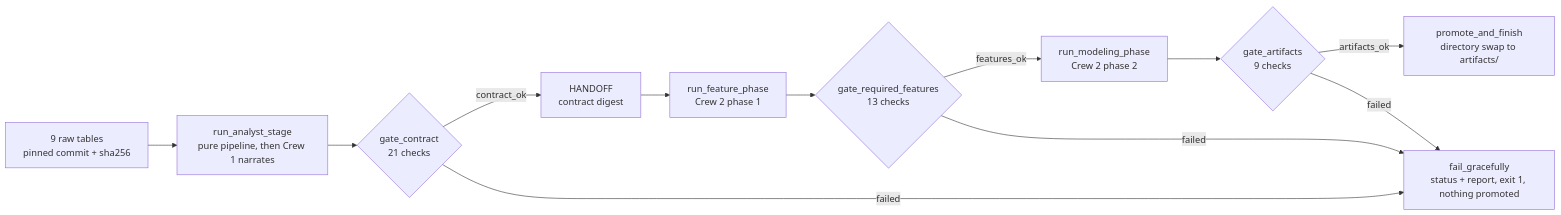
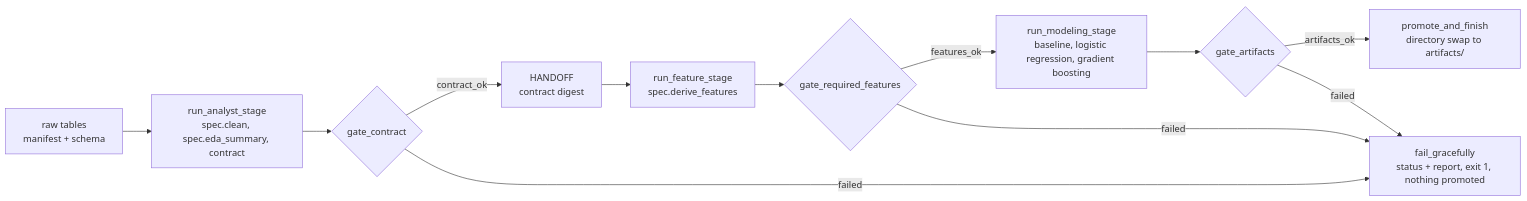
One commit to matnael332/olist-crewai-flow changed the diagram in README.md. Above: the diagram before and after it, drawn with Mermaid. The commit also changed other lines of this file and 14 other files, not shown here.

````diff
--- a/README.md
+++ b/README.md
@@ -63,12 +18,12 @@
 ```mermaid
 flowchart LR
-  raw[9 raw tables<br/>pinned commit + sha256] --> A[run_analyst_stage<br/>pure pipeline, then Crew 1 narrates]
-  A --> G1{gate_contract<br/>21 checks}
+  raw[raw tables<br/>manifest + schema] --> A[run_analyst_stage<br/>spec.clean, spec.eda_summary, contract]
+  A --> G1{gate_contract}
   G1 -- contract_ok --> H[HANDOFF<br/>contract digest]
-  H --> B[run_feature_phase<br/>Crew 2 phase 1]
-  B --> G2{gate_required_features<br/>13 checks}
-  G2 -- features_ok --> C[run_modeling_phase<br/>Crew 2 phase 2]
-  C --> G3{gate_artifacts<br/>9 checks}
+  H --> B[run_feature_stage<br/>spec.derive_features]
+  B --> G2{gate_required_features}
+  G2 -- features_ok --> C[run_modeling_stage<br/>baseline, logistic regression, gradient boosting]
+  C --> G3{gate_artifacts}
   G3 -- artifacts_ok --> P[promote_and_finish<br/>directory swap to artifacts/]
   G1 & G2 & G3 -- failed --> F[fail_gracefully<br/>status + report, exit 1, nothing promoted]
 ```
````
